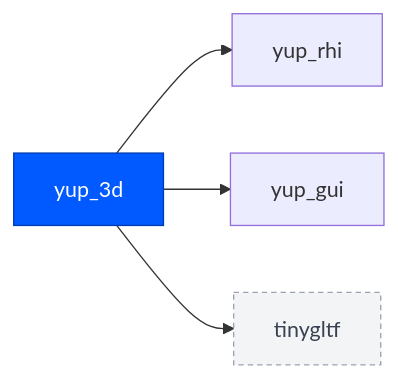
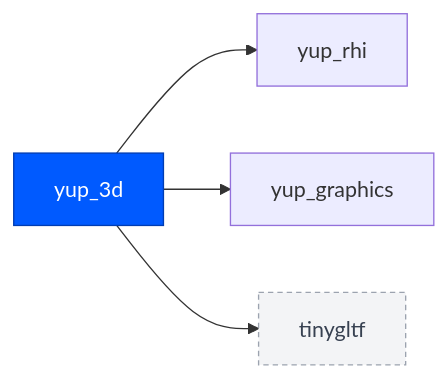
Before and after one commit to kunitoki/yup: diagram 12 of 24 in docs/modules.md, drawn with Mermaid. The commit also changed other lines of this file and 534 other files, not shown here.

````diff
--- a/docs/modules.md
+++ b/docs/modules.md
@@ -262,8 +263,8 @@
 ```mermaid
 flowchart LR
     yup_3d:::self --> yup_rhi
-    yup_3d --> yup_gui
+    yup_3d --> yup_graphics
     yup_3d --> tinygltf:::ext
     classDef self fill:#005aff,color:#fff,stroke:#003db3;
     classDef ext fill:#f3f4f6,color:#374151,stroke:#9ca3af,stroke-dasharray:4 3;
 ```
````
